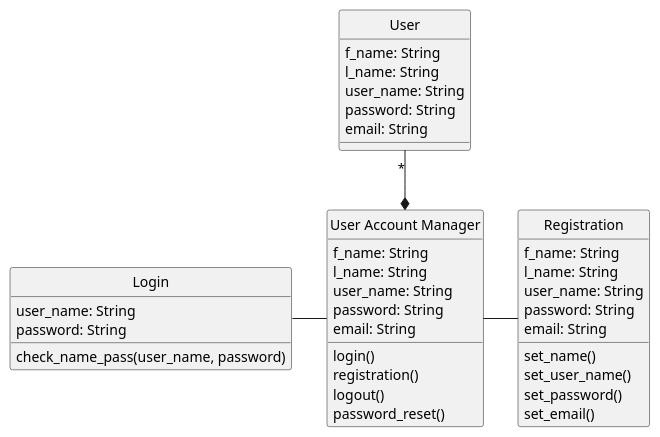
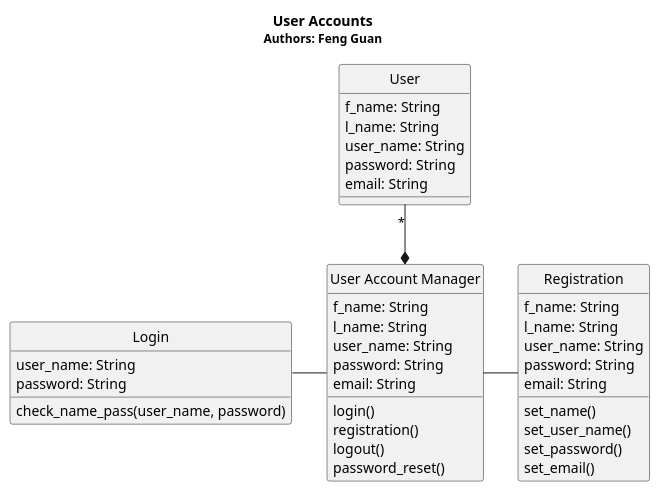
One commit to voxelv/sQuire_kw changed the diagram in hw3/useraccount.pu. Above: the diagram before and after it, drawn with PlantUML.

Commit message:
Added a title

```diff
--- a/hw3/useraccount.pu
+++ b/hw3/useraccount.pu
@@ -1,51 +1,52 @@
 @startuml
 hide circle
+Title <b>User Accounts</b>\n<size:12>Authors: Feng Guan</size>
 
 class "User Account Manager" as UAM {
 f_name: String
 l_name: String
 user_name: String
 password: String
 email: String
 
 login()
 registration()
 logout()
 password_reset()
 }
 
 
 class "User" as U {
 f_name: String
 l_name: String
 user_name: String
 password: String
 email: String
 
 
 }
 
 class "Registration" as R {
 f_name: String
 l_name: String
 user_name: String
 password: String
 email: String
 
 set_name()
 set_user_name()
 set_password()
 set_email()
 }
 
 
 class "Login" as login {
 user_name: String
 password: String
 
 check_name_pass(user_name, password)
 }
 U "*"-d-* UAM 
 login -r- UAM
 R -l- UAM 
 @enduml
```
